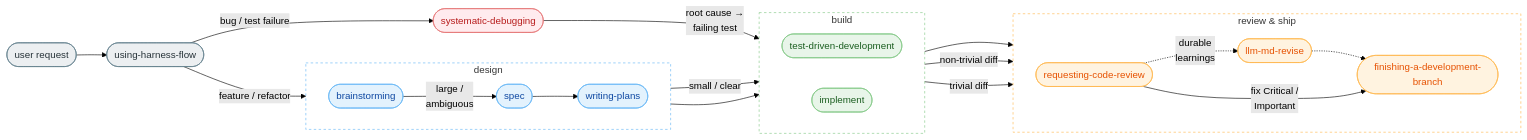
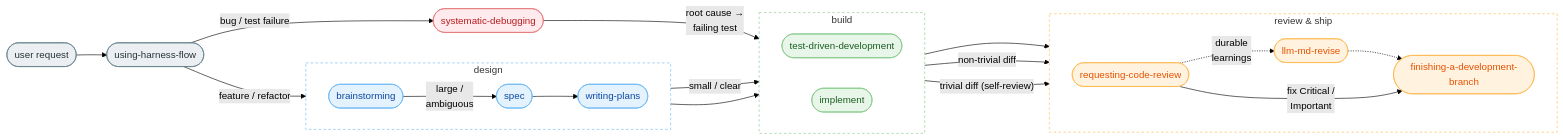
One commit to wonjinsin/harness-flow changed the diagram in README.md. Above: the diagram before and after it, drawn with Mermaid (forest theme). The commit also changed 4 other files, not shown here.

First line of the commit message:
chore: fix stale manifest descriptions, diff notation, mermaid label

````diff
--- a/README.md
+++ b/README.md
@@ -42,53 +42,53 @@
 ```mermaid
 flowchart LR
     subgraph DESIGN [design]
         direction LR
         BS(["brainstorming"])
         SPEC(["spec"])
         WP(["writing-plans"])
         BS -- "large /<br/>ambiguous" --> SPEC --> WP
     end
 
     subgraph BUILD [build]
         direction LR
         TDD(["test-driven-development"])
         IMPL(["implement"])
     end
 
     subgraph SHIP [review & ship]
         direction LR
         RCR(["requesting-code-review"])
         LMR(["llm-md-revise"])
         FIN(["finishing-a-development-branch"])
         RCR -. "durable<br/>learnings" .-> LMR -.-> FIN
     end
 
     REQ(["user request"]) --> UHF(["using-harness-flow"])
     UHF -- "feature / refactor" --> BS
     UHF -- "bug / test failure" --> SD(["systematic-debugging"])
 
     BS -- "small / clear" --> TDD
     WP --> IMPL
     SD -- "root cause →<br/>failing test" --> TDD
 
     IMPL --> RCR
     TDD -- "non-trivial diff" --> RCR
-    TDD -- "trivial diff" --> FIN
+    TDD -- "trivial diff (self-review)" --> FIN
     RCR -- "fix Critical /<br/>Important" --> FIN
 
     classDef entry fill:#eceff1,stroke:#607d8b,color:#263238
     classDef design fill:#e3f2fd,stroke:#64b5f6,color:#0d47a1
     classDef build fill:#e8f5e9,stroke:#81c784,color:#1b5e20
     classDef ship fill:#fff3e0,stroke:#ffb74d,color:#e65100
     classDef debug fill:#ffebee,stroke:#e57373,color:#b71c1c
 
     class REQ,UHF entry
     class BS,SPEC,WP design
     class TDD,IMPL build
     class RCR,LMR,FIN ship
     class SD debug
 
     style DESIGN fill:none,stroke:#64b5f6,stroke-dasharray:4 4
     style BUILD fill:none,stroke:#81c784,stroke-dasharray:4 4
     style SHIP fill:none,stroke:#ffb74d,stroke-dasharray:4 4
 ```
````
